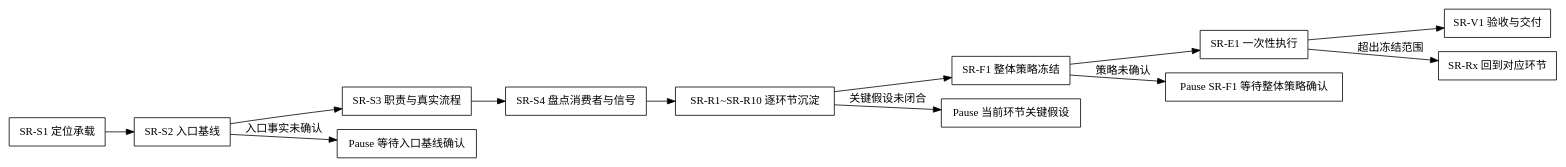
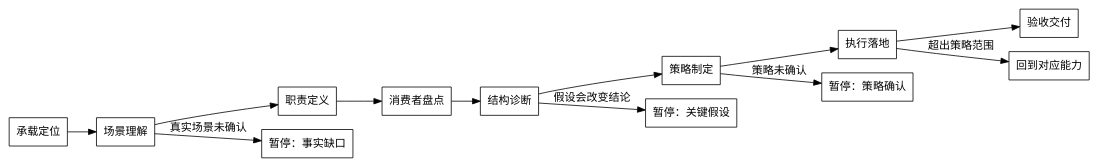
One commit to jieli-cqwl/org-claude-skills changed the diagram in shared/skills/skill-refiner/SKILL.md. Above: the diagram before and after it, drawn with Graphviz. The commit also changed other lines of this file and 32 other files, not shown here.

Commit message:
chore: sync skill refiner and runtime trust checks

````diff
--- a/shared/skills/skill-refiner/SKILL.md
+++ b/shared/skills/skill-refiner/SKILL.md
@@ -30,17 +46,17 @@
 ```dot
-digraph skill_refiner_flow {
+digraph skill_architect_flow {
   rankdir=LR;
   node [shape=box];
-  "SR-S1 定位承载" -> "SR-S2 入口基线";
-  "SR-S2 入口基线" -> "SR-S3 职责与真实流程";
-  "SR-S3 职责与真实流程" -> "SR-S4 盘点消费者与信号";
-  "SR-S4 盘点消费者与信号" -> "SR-R1~SR-R10 逐环节沉淀";
-  "SR-R1~SR-R10 逐环节沉淀" -> "SR-F1 整体策略冻结";
-  "SR-F1 整体策略冻结" -> "SR-E1 一次性执行";
-  "SR-E1 一次性执行" -> "SR-V1 验收与交付";
-  "SR-S2 入口基线" -> "Pause 等待入口基线确认" [label="入口事实未确认"];
-  "SR-R1~SR-R10 逐环节沉淀" -> "Pause 当前环节关键假设" [label="关键假设未闭合"];
-  "SR-F1 整体策略冻结" -> "Pause SR-F1 等待整体策略确认" [label="策略未确认"];
-  "SR-E1 一次性执行" -> "SR-Rx 回到对应环节" [label="超出冻结范围"];
+  "承载定位" -> "场景理解";
+  "场景理解" -> "职责定义";
+  "职责定义" -> "消费者盘点";
+  "消费者盘点" -> "结构诊断";
+  "结构诊断" -> "策略制定";
+  "策略制定" -> "执行落地";
+  "执行落地" -> "验收交付";
+  "场景理解" -> "暂停：事实缺口" [label="真实场景未确认"];
+  "结构诊断" -> "暂停：关键假设" [label="假设会改变结论"];
+  "策略制定" -> "暂停：策略确认" [label="策略未确认"];
+  "执行落地" -> "回到对应能力" [label="超出策略范围"];
 }
 ```
````
